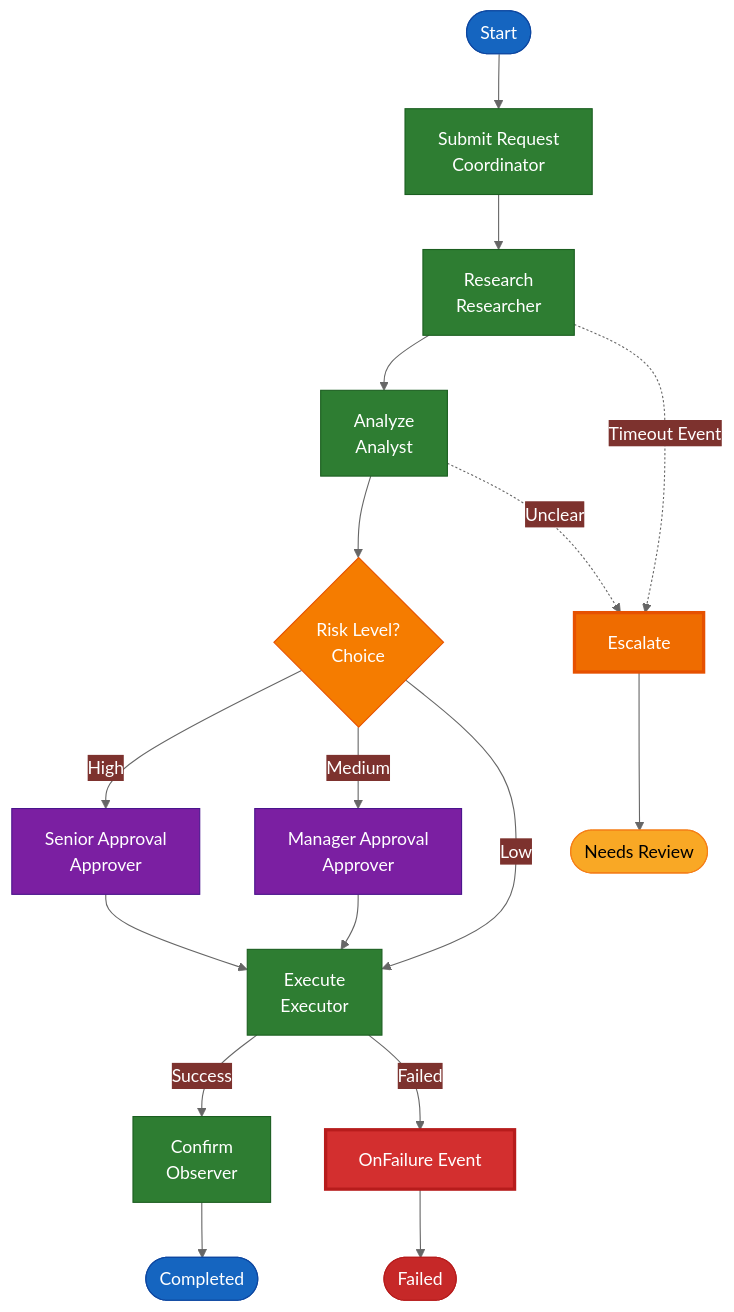
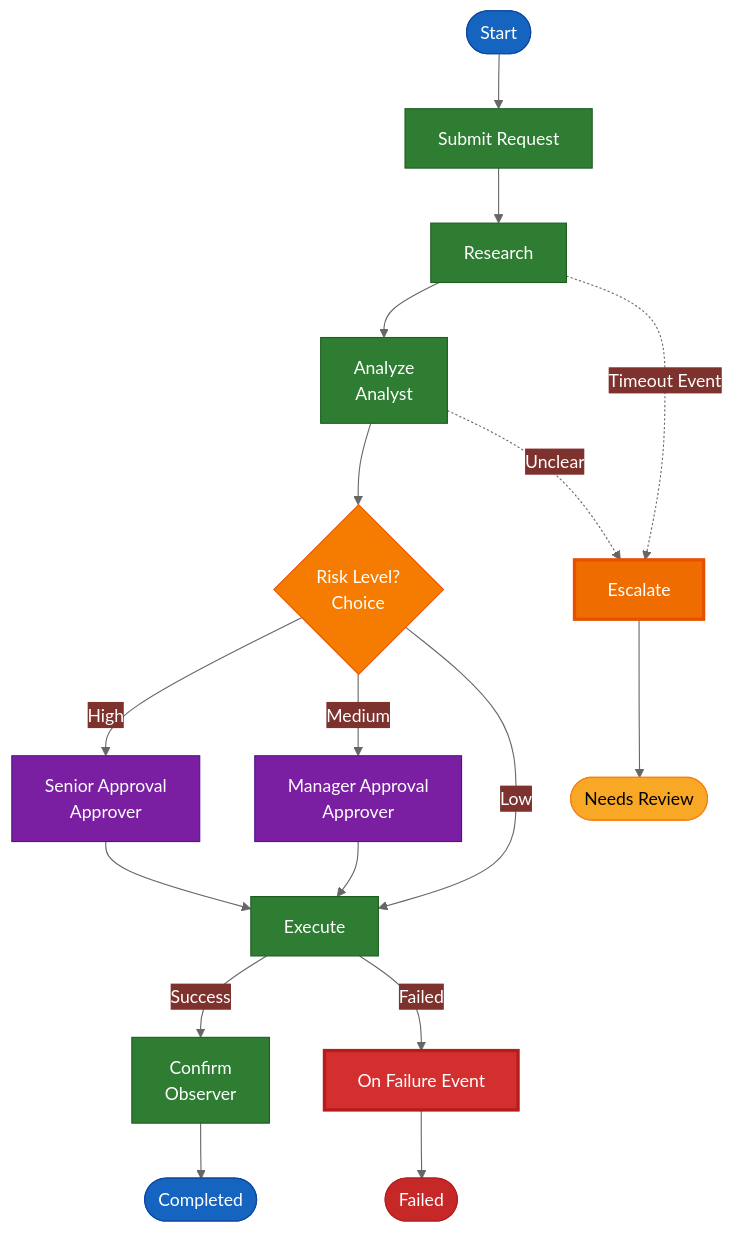
One commit to gcowin/approachable-workflows changed the tenth of 11 diagrams in docs/reference/visual-patterns.md. Above: the diagram before and after it, drawn with Mermaid. The commit also changed other lines of this file and 58 other files, not shown here.

````diff
--- a/docs/reference/visual-patterns.md
+++ b/docs/reference/visual-patterns.md
@@ -409,36 +405,36 @@
 ```mermaid
 %%{init: {'theme':'base', 'themeVariables': {'primaryColor':'#2E7D32','primaryTextColor':'#fff','lineColor':'#666'}}}%%
 graph TD
-    Start([Start]) --> A[Submit Request<br/>Coordinator]
-    A --> B[Research<br/>Researcher]
+    Start([Start]) --> A[Submit Request]
+    A --> B[Research]
     B --> C[Analyze<br/>Analyst]
     C --> D{Risk Level?<br/>Choice}
     D -->|High| E[Senior Approval<br/>Approver]
     D -->|Medium| F[Manager Approval<br/>Approver]
-    D -->|Low| G[Execute<br/>Executor]
+    D -->|Low| G[Execute]
     E --> G
     F --> G
     G -->|Success| H[Confirm<br/>Observer]
-    G -->|Failed| I[OnFailure Event]
+    G -->|Failed| I[On Failure Event]
     H --> End1([Completed])
     I --> End2([Failed])
     
     B -.->|Timeout Event| J[Escalate]
     C -.->|Unclear| J
     J --> End3([Needs Review])
     
     style Start fill:#1565C0,stroke:#0D47A1,color:#fff
     style A fill:#2E7D32,stroke:#1B5E20,color:#fff
     style B fill:#2E7D32,stroke:#1B5E20,color:#fff
     style C fill:#2E7D32,stroke:#1B5E20,color:#fff
     style D fill:#F57C00,stroke:#E65100,color:#fff
     style E fill:#7B1FA2,stroke:#4A148C,color:#fff
     style F fill:#7B1FA2,stroke:#4A148C,color:#fff
     style G fill:#2E7D32,stroke:#1B5E20,color:#fff
     style H fill:#2E7D32,stroke:#1B5E20,color:#fff
     style I fill:#D32F2F,stroke:#B71C1C,stroke-width:3px,color:#fff
     style J fill:#EF6C00,stroke:#E65100,stroke-width:3px,color:#fff
     style End1 fill:#1565C0,stroke:#0D47A1,color:#fff
     style End2 fill:#C62828,stroke:#B71C1C,color:#fff
     style End3 fill:#F9A825,stroke:#F57F17,color:#000
 ```
````
